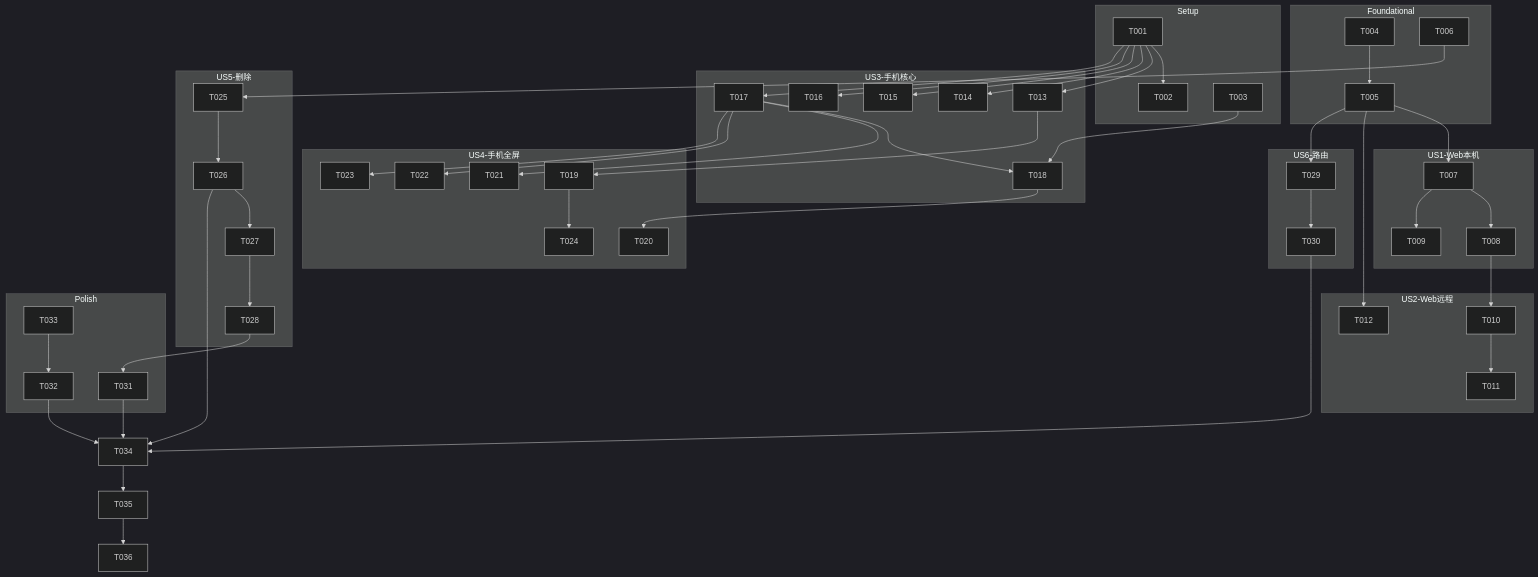
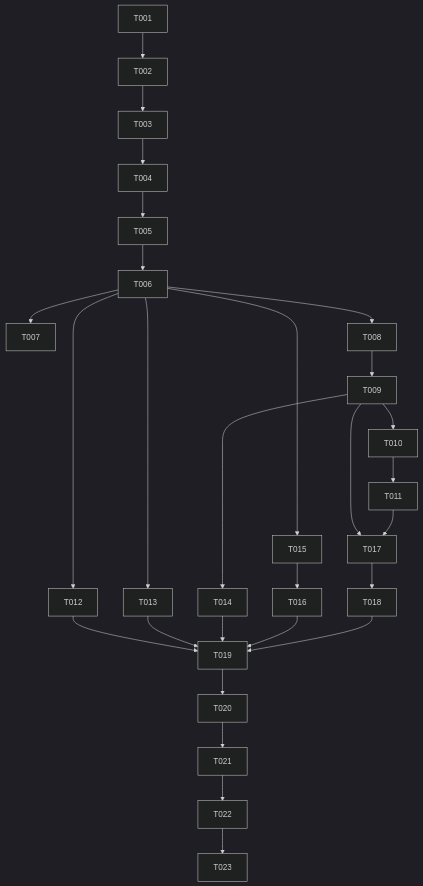
The diagram in spec/dsh-full-parity/tasks.md (hnmrxz/deepseek-harness-desktop-HarmonyOS), drawn with Mermaid (dark theme) before and after one commit. The commit also changed other lines of this file, not shown here.

````diff
--- a/spec/dsh-full-parity/tasks.md
+++ b/spec/dsh-full-parity/tasks.md
@@ -180,58 +145,30 @@
 ```mermaid
 graph TD
-    subgraph Setup
-        T001-->T002
-        T003
-    end
-    subgraph Foundational
-        T004-->T005
-        T006
-    end
-    subgraph US1-Web本机
-        T005-->T007
-        T007-->T008
-        T007-->T009
-    end
-    subgraph US2-Web远程
-        T008-->T010
-        T010-->T011
-        T005-->T012
-    end
-    subgraph US3-手机核心
-        T001-->T013
-        T001-->T014
-        T001-->T015
-        T001-->T016
-        T001-->T017
-        T017-->T018
-        T003-->T018
-    end
-    subgraph US4-手机全屏
-        T013-->T019
-        T018-->T020
-        T017-->T021
-        T017-->T022
-        T017-->T023
-        T019-->T024
-    end
-    subgraph US5-删除
-        T006-->T025
-        T025-->T026
-        T026-->T027
-        T027-->T028
-    end
-    subgraph US6-路由
-        T005-->T029
-        T029-->T030
-    end
-    subgraph Polish
-        T028-->T031
-        T033-->T032
-    end
-    T026-->T034
-    T030-->T034
-    T031-->T034
-    T032-->T034
-    T034-->T035
-    T035-->T036
+  T001 --> T002
+  T002 --> T003
+  T003 --> T004
+  T004 --> T005
+  T005 --> T006
+  T006 --> T007
+  T006 --> T008
+  T008 --> T009
+  T009 --> T010
+  T010 --> T011
+  T006 --> T012
+  T006 --> T013
+  T009 --> T014
+  T006 --> T015
+  T015 --> T016
+  T009 --> T017
+  T011 --> T017
+  T017 --> T018
+  T012 --> T019
+  T013 --> T019
+  T014 --> T019
+  T016 --> T019
+  T018 --> T019
+  T019 --> T020
+  T020 --> T021
+  T021 --> T022
+  T022 --> T023
 ```
````
